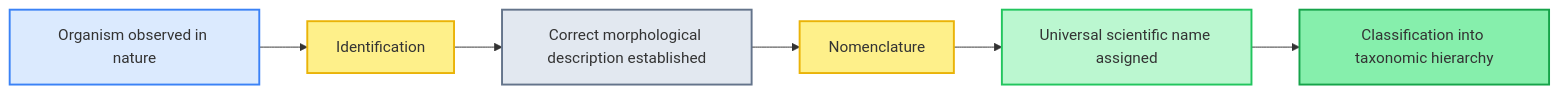
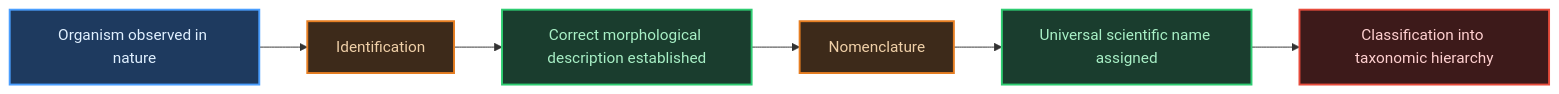
One commit to fsr-science/NoteBooks-Science-Legacy changed the second of 5 diagrams in AI-NOTES/BIOLOGY/BIOLOGY01-THE_LIVING_WORLD/BIOLOGY01-THE_LIVING_WORLD-NOTES.md. Above: the diagram before and after it, drawn with Mermaid. The commit also changed other lines of this file and 3 other files, not shown here.

````diff
--- a/AI-NOTES/BIOLOGY/BIOLOGY01-THE_LIVING_WORLD/BIOLOGY01-THE_LIVING_WORLD-NOTES.md
+++ b/AI-NOTES/BIOLOGY/BIOLOGY01-THE_LIVING_WORLD/BIOLOGY01-THE_LIVING_WORLD-NOTES.md
@@ -92,15 +70,15 @@
 ```mermaid
 flowchart LR
     A[Organism observed in nature] --> B[Identification]
     B --> C[Correct morphological description established]
     C --> D[Nomenclature]
     D --> E[Universal scientific name assigned]
     E --> F[Classification into taxonomic hierarchy]
 
-    style A fill:#dbeafe,stroke:#3b82f6,stroke-width:2px
-    style B fill:#fef08a,stroke:#eab308,stroke-width:2px
-    style C fill:#e2e8f0,stroke:#64748b,stroke-width:2px
-    style D fill:#fef08a,stroke:#eab308,stroke-width:2px
-    style E fill:#bbf7d0,stroke:#22c55e,stroke-width:2px
-    style F fill:#86efac,stroke:#16a34a,stroke-width:2px
+    style A fill:#1e3a5f,color:#e0f0ff,stroke:#4a9eff,stroke-width:2px
+    style B fill:#3d2a1a,color:#f0d0a8,stroke:#e67e22,stroke-width:2px
+    style C fill:#1a3d2e,color:#a8f0c6,stroke:#2ecc71,stroke-width:2px
+    style D fill:#3d2a1a,color:#f0d0a8,stroke:#e67e22,stroke-width:2px
+    style E fill:#1a3d2e,color:#a8f0c6,stroke:#2ecc71,stroke-width:2px
+    style F fill:#3d1a1a,color:#ffd0d0,stroke:#e74c3c,stroke-width:2px
 ```
````
